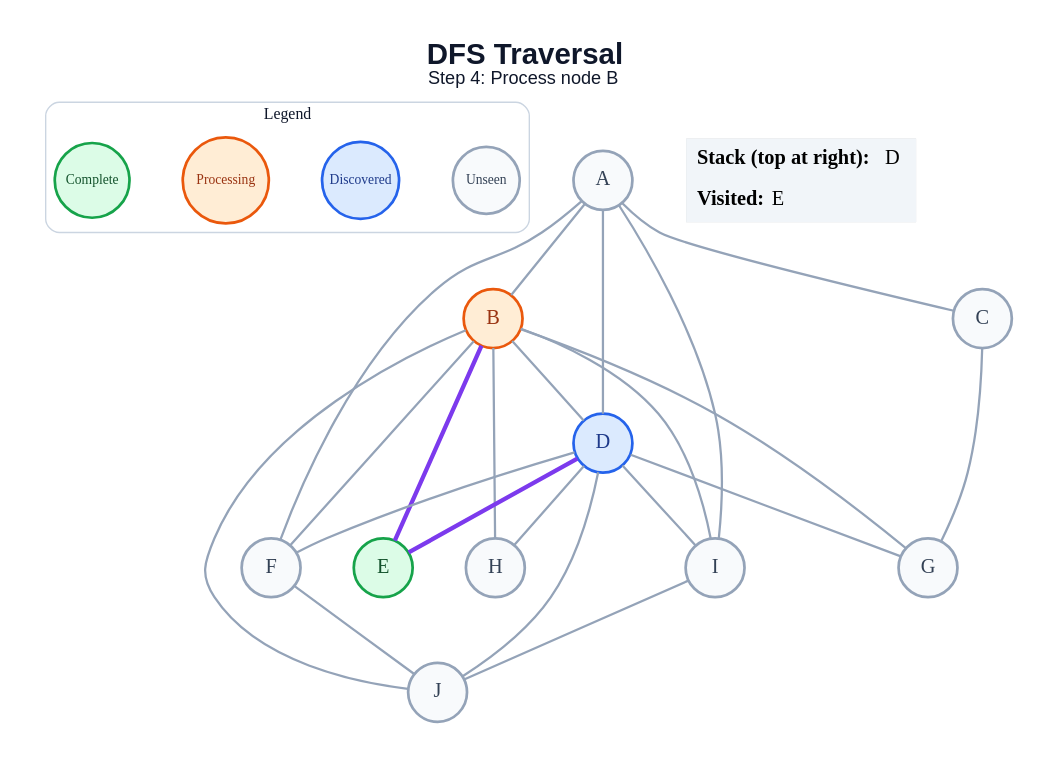
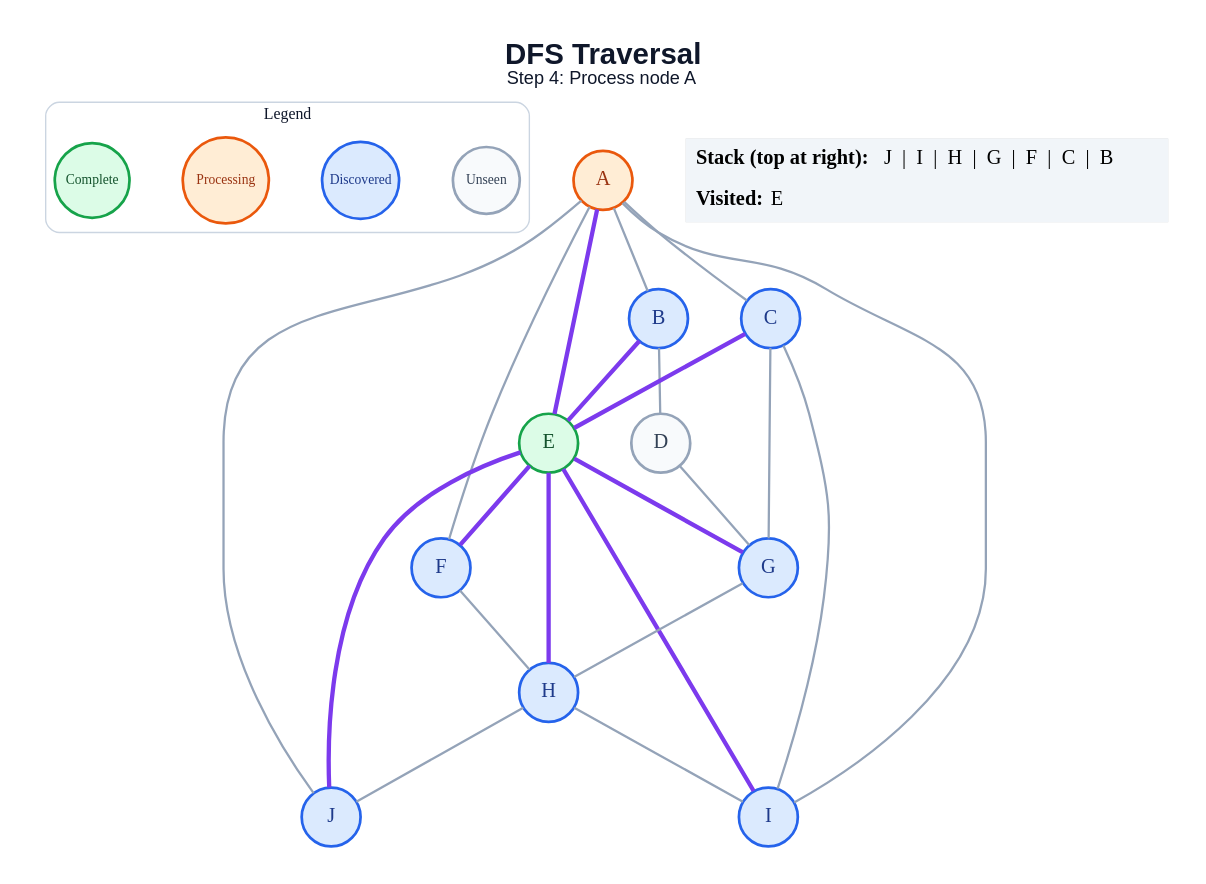
Before and after one commit to anon7238593-create/ai-slop: the diagram in generated/specific-node/dfs/step_04.dot, drawn with Graphviz. The commit also changed 171 other files, not shown here.

```diff
--- a/generated/specific-node/dfs/step_04.dot
+++ b/generated/specific-node/dfs/step_04.dot
@@ -1,50 +1,50 @@
 graph traversal {
   graph [layout=dot, rankdir=TB, bgcolor="#FFFFFF", pad="0.35", nodesep="0.65", ranksep="0.8", fontname="Arial"];
   node [shape=circle, style="filled", fontname="Arial Bold", fontsize=18, width=0.72, fixedsize=true, penwidth=2.4];
   edge [color="#94A3B8", penwidth=2.0];
-  label=<<B>DFS Traversal</B><BR/><FONT POINT-SIZE="16">Step 4: Process node B</FONT>>; labelloc="t"; fontsize=26; fontname="Arial"; fontcolor="#0F172A";
+  label=<<B>DFS Traversal</B><BR/><FONT POINT-SIZE="16">Step 4: Process node A</FONT>>; labelloc="t"; fontsize=26; fontname="Arial"; fontcolor="#0F172A";
   subgraph cluster_legend { label="Legend"; color="#CBD5E1"; penwidth=1.2; style="rounded"; fontsize=14; fontname="Arial Bold";
     key_unseen [label="Unseen", fillcolor="#F8FAFC", color="#94A3B8", fontcolor="#334155", fontsize=12, width=0.82];
     key_frontier [label="Discovered", fillcolor="#DBEAFE", color="#2563EB", fontcolor="#1E3A8A", fontsize=12, width=0.95];
     key_current [label="Processing", fillcolor="#FFEDD5", color="#EA580C", fontcolor="#9A3412", fontsize=12, width=1.05];
     key_done [label="Complete", fillcolor="#DCFCE7", color="#16A34A", fontcolor="#14532D", fontsize=12, width=0.92];
     { rank=same; key_unseen; key_frontier; key_current; key_done; }
   }
-  A [fillcolor="#F8FAFC", color="#94A3B8", fontcolor="#334155"];
-  B [fillcolor="#FFEDD5", color="#EA580C", fontcolor="#9A3412"];
-  C [fillcolor="#F8FAFC", color="#94A3B8", fontcolor="#334155"];
-  D [fillcolor="#DBEAFE", color="#2563EB", fontcolor="#1E3A8A"];
+  A [fillcolor="#FFEDD5", color="#EA580C", fontcolor="#9A3412"];
+  B [fillcolor="#DBEAFE", color="#2563EB", fontcolor="#1E3A8A"];
+  C [fillcolor="#DBEAFE", color="#2563EB", fontcolor="#1E3A8A"];
+  D [fillcolor="#F8FAFC", color="#94A3B8", fontcolor="#334155"];
   E [fillcolor="#DCFCE7", color="#16A34A", fontcolor="#14532D"];
-  F [fillcolor="#F8FAFC", color="#94A3B8", fontcolor="#334155"];
-  G [fillcolor="#F8FAFC", color="#94A3B8", fontcolor="#334155"];
-  H [fillcolor="#F8FAFC", color="#94A3B8", fontcolor="#334155"];
-  I [fillcolor="#F8FAFC", color="#94A3B8", fontcolor="#334155"];
-  J [fillcolor="#F8FAFC", color="#94A3B8", fontcolor="#334155"];
+  F [fillcolor="#DBEAFE", color="#2563EB", fontcolor="#1E3A8A"];
+  G [fillcolor="#DBEAFE", color="#2563EB", fontcolor="#1E3A8A"];
+  H [fillcolor="#DBEAFE", color="#2563EB", fontcolor="#1E3A8A"];
+  I [fillcolor="#DBEAFE", color="#2563EB", fontcolor="#1E3A8A"];
+  J [fillcolor="#DBEAFE", color="#2563EB", fontcolor="#1E3A8A"];
   A -- B;
   A -- C;
-  A -- D;
+  A -- E [color="#7C3AED", penwidth=3.8];
   A -- F;
   A -- I;
+  A -- J;
   B -- D;
   B -- E [color="#7C3AED", penwidth=3.8];
-  B -- F;
-  B -- G;
-  B -- H;
-  B -- I;
-  B -- J;
+  C -- E [color="#7C3AED", penwidth=3.8];
   C -- G;
-  D -- E [color="#7C3AED", penwidth=3.8];
-  D -- F;
+  C -- I;
   D -- G;
-  D -- H;
-  D -- I;
-  D -- J;
-  F -- J;
-  I -- J;
+  E -- F [color="#7C3AED", penwidth=3.8];
+  E -- G [color="#7C3AED", penwidth=3.8];
+  E -- H [color="#7C3AED", penwidth=3.8];
+  E -- I [color="#7C3AED", penwidth=3.8];
+  E -- J [color="#7C3AED", penwidth=3.8];
+  F -- H;
+  G -- H;
+  H -- I;
+  H -- J;
   status [shape=plain, fixedsize=false, width=0, height=0, margin=0, label=<
     <TABLE BORDER="0" CELLBORDER="0" CELLPADDING="7" BGCOLOR="#F1F5F9">
-      <TR><TD ALIGN="LEFT"><B>Stack (top at right):</B> D</TD></TR>
+      <TR><TD ALIGN="LEFT"><B>Stack (top at right):</B> J  |  I  |  H  |  G  |  F  |  C  |  B</TD></TR>
       <TR><TD ALIGN="LEFT"><B>Visited:</B> E</TD></TR>
     </TABLE>
   >];
 }
```
